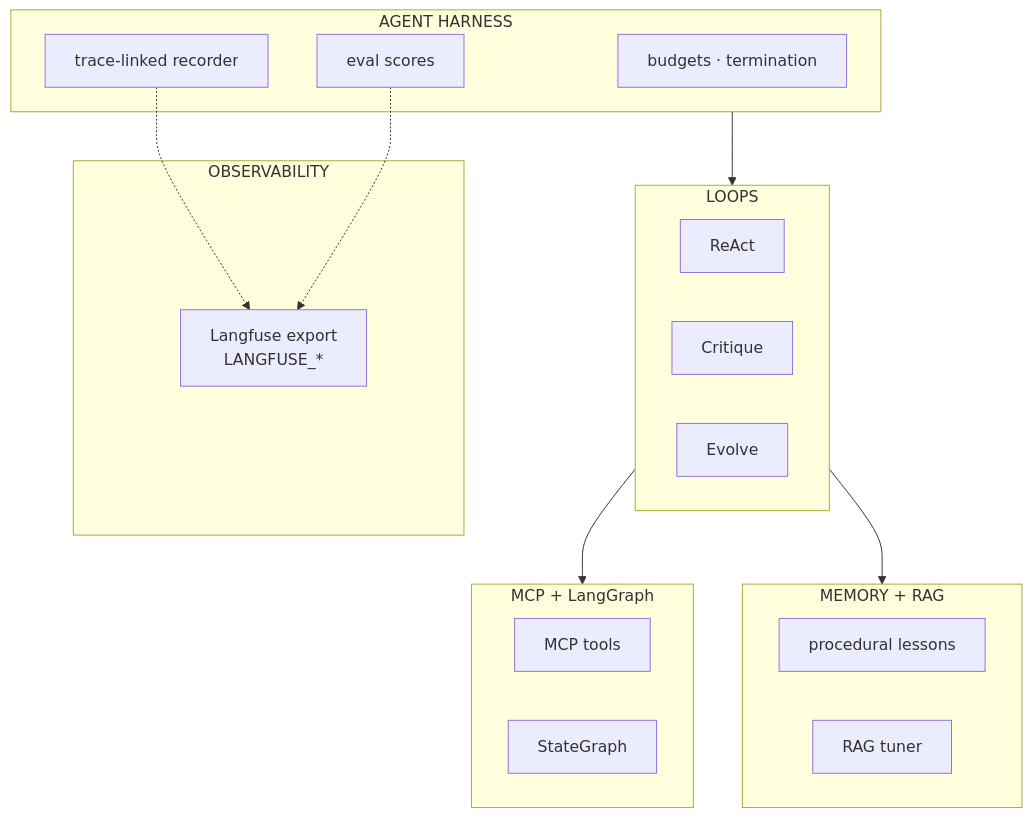
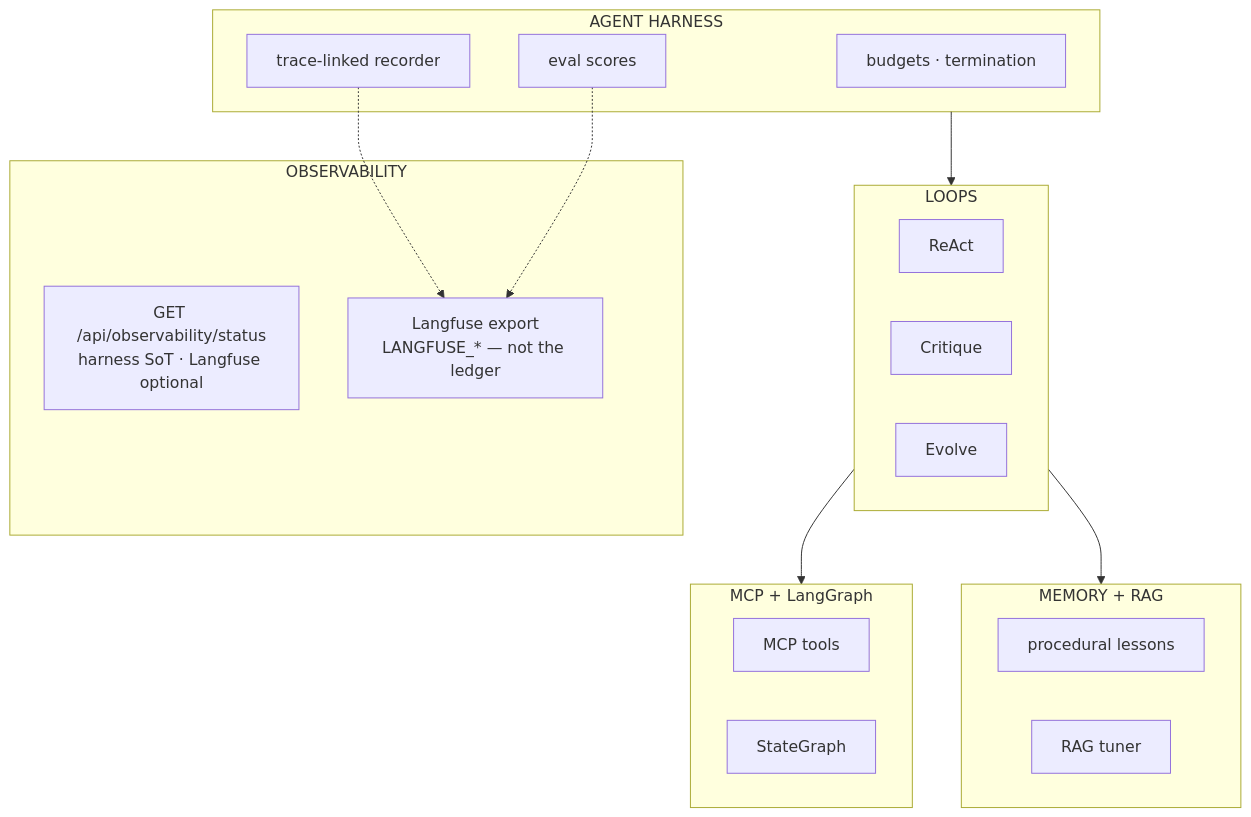
One commit to vpeetla-ai/loop-engine-agent-platform changed the diagram in docs/ARCHITECTURE.md. Above: the diagram before and after it, drawn with Mermaid. The commit also changed other lines of this file, not shown here.

Commit message:
Put harness SoT on the LoopForge architecture diagram
Harness traces stay the demo proof; Langfuse stays optional export.

````diff
--- a/docs/ARCHITECTURE.md
+++ b/docs/ARCHITECTURE.md
@@ -17,28 +17,29 @@
 ```mermaid
 flowchart TB
     subgraph Harness["AGENT HARNESS"]
         BUD["budgets · termination"]
         TR["trace-linked recorder"]
         EVAL["eval scores"]
     end
     subgraph Loops["LOOPS"]
         REACT["ReAct"]
         CRIT["Critique"]
         EVOLVE["Evolve"]
     end
     subgraph Tools["MCP + LangGraph"]
         MCP["MCP tools"]
         LG["StateGraph"]
     end
     subgraph Mem["MEMORY + RAG"]
         MEM["procedural lessons"]
         RAG["RAG tuner"]
     end
     subgraph Obs["OBSERVABILITY"]
-        LF["Langfuse export<br/>LANGFUSE_*"]
+        ST["GET /api/observability/status<br/>harness SoT · Langfuse optional"]
+        LF["Langfuse export<br/>LANGFUSE_* — not the ledger"]
     end
     Harness --> Loops --> Tools
     Loops --> Mem
     TR -.-> LF
     EVAL -.-> LF
 ```
````
